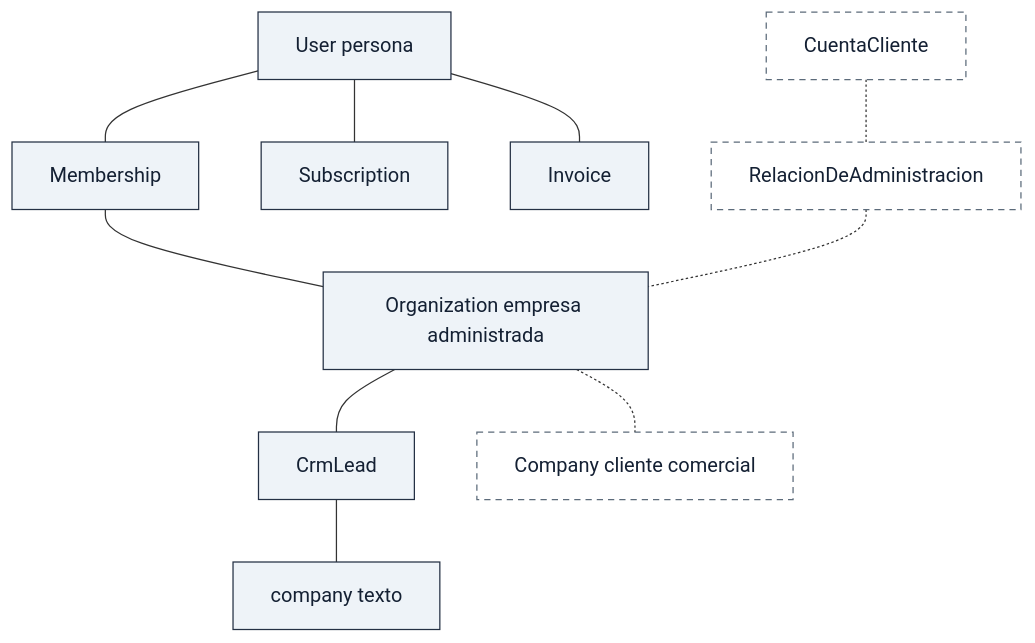
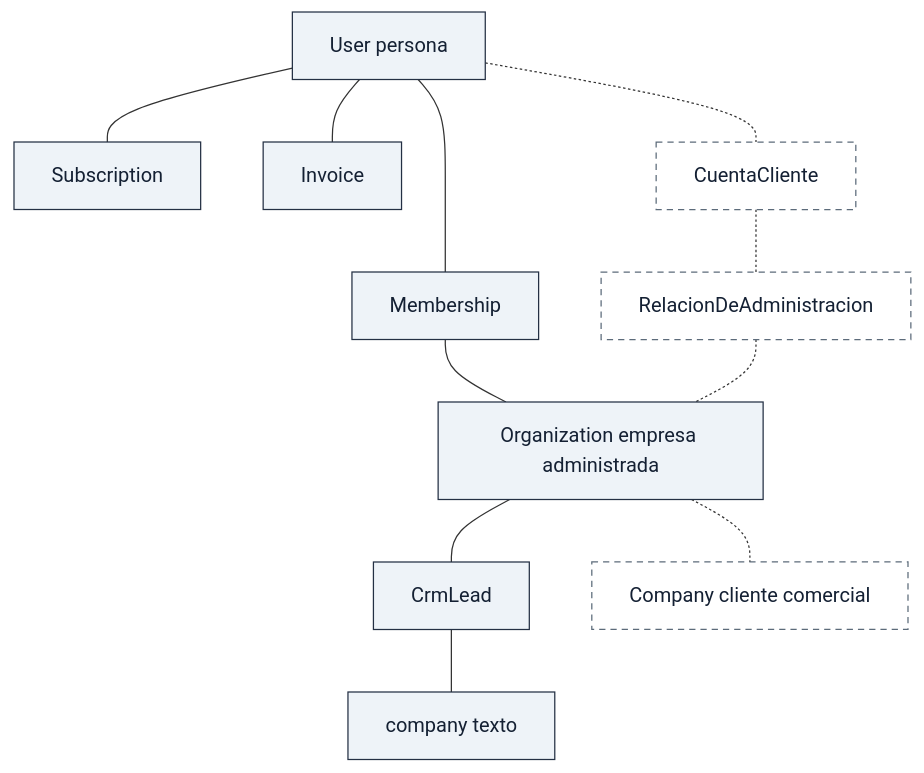
The diagram in docs/point-8-step-01-account-company-boundaries.md (mariamayorcruz/Nexora), drawn with Mermaid before and after one commit. The commit also changed other lines of this file, not shown here.

````diff
--- a/docs/point-8-step-01-account-company-boundaries.md
+++ b/docs/point-8-step-01-account-company-boundaries.md
@@ -125,26 +131,27 @@
 ```mermaid
 flowchart TD
   U[User persona]:::existente
   M[Membership]:::existente
   O[Organization empresa administrada]:::existente
   L[CrmLead]:::existente
   TX[company texto]:::existente
   SUB[Subscription]:::existente
   INV[Invoice]:::existente
   CA[CuentaCliente]:::propuesto
   REL[RelacionDeAdministracion]:::propuesto
   CO[Company cliente comercial]:::propuesto
 
   U --- M
   M --- O
   U --- SUB
   U --- INV
   O --- L
   L --- TX
+  U -.- CA
   CA -.- REL
   REL -.- O
   O -.- CO
 
   classDef existente fill:#eef3f8,stroke:#243044,color:#142033;
   classDef propuesto fill:#ffffff,stroke:#5c6b7a,color:#142033,stroke-dasharray:5 4;
 ```
````
